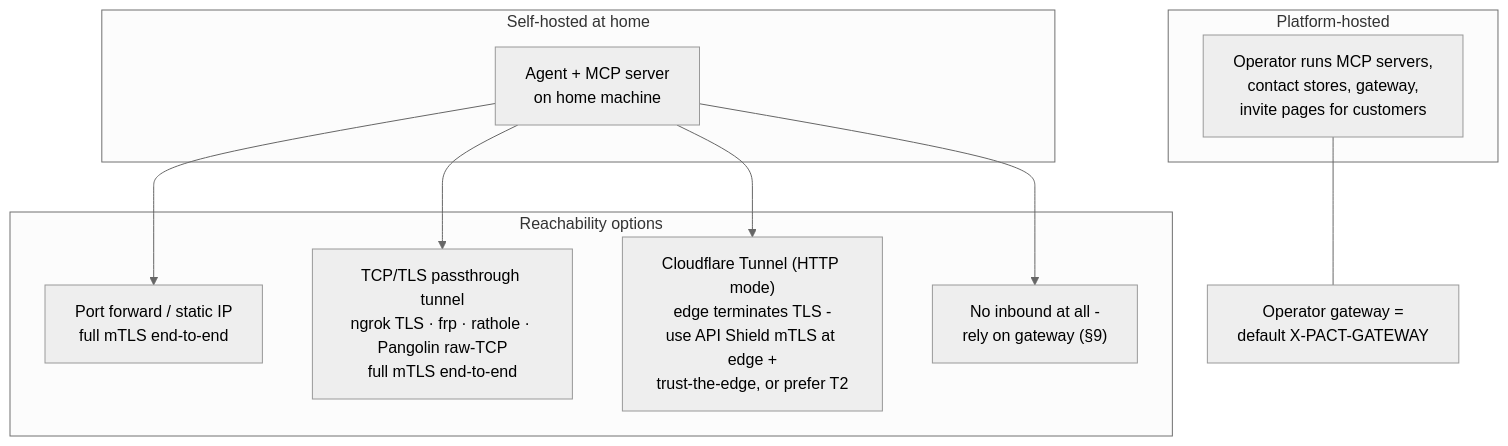
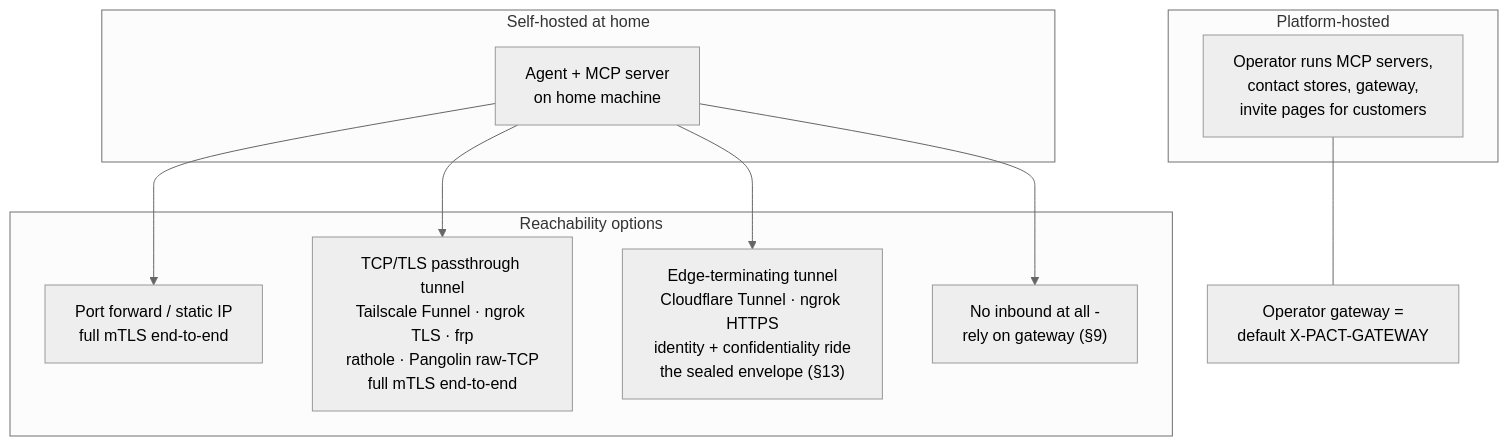
Before and after one commit to humandelegatedtrustprotocol/hdtp-spec: the ninth of 9 diagrams in SPEC.md, drawn with Mermaid (neutral theme). The commit also changed other lines of this file and 1 other file, not shown here.

````diff
--- a/SPEC.md
+++ b/SPEC.md
@@ -356,20 +360,20 @@
 ```mermaid
 flowchart TB
     subgraph SH["Self-hosted at home"]
         N1["Agent + MCP server<br/>on home machine"]
     end
     subgraph TU["Reachability options"]
         T1["Port forward / static IP<br/>full mTLS end-to-end"]
-        T2["TCP/TLS passthrough tunnel<br/>ngrok TLS · frp · rathole · Pangolin raw-TCP<br/>full mTLS end-to-end"]
-        T3["Cloudflare Tunnel (HTTP mode)<br/>edge terminates TLS -<br/>use API Shield mTLS at edge +<br/>trust-the-edge, or prefer T2"]
+        T2["TCP/TLS passthrough tunnel<br/>Tailscale Funnel · ngrok TLS · frp<br/>rathole · Pangolin raw-TCP<br/>full mTLS end-to-end"]
+        T3["Edge-terminating tunnel<br/>Cloudflare Tunnel · ngrok HTTPS<br/>identity + confidentiality ride<br/>the sealed envelope (§13)"]
         T4["No inbound at all -<br/>rely on gateway (§9)"]
     end
     subgraph PF["Platform-hosted"]
         H1["Operator runs MCP servers,<br/>contact stores, gateway,<br/>invite pages for customers"]
     end
     N1 --> T1
     N1 --> T2
     N1 --> T3
     N1 --> T4
     H1 --- GW2["Operator gateway =<br/>default X-PACT-GATEWAY"]
 ```
````
